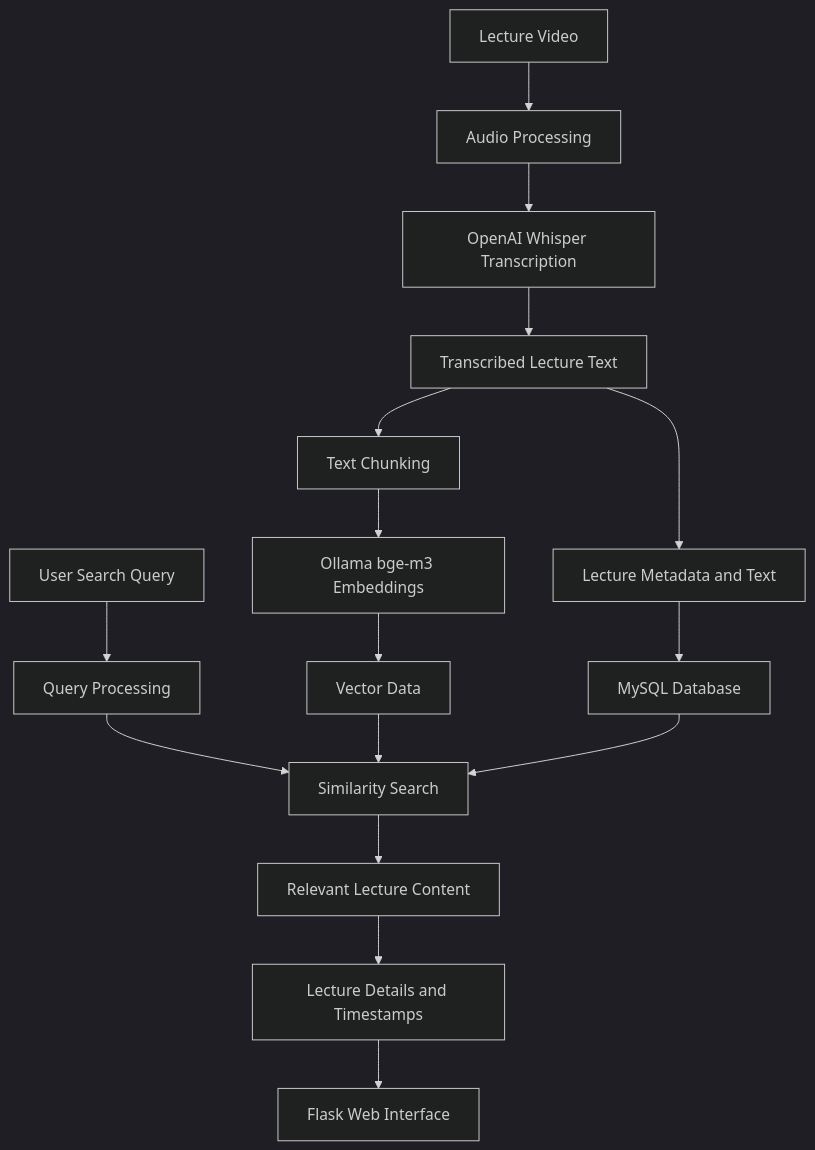
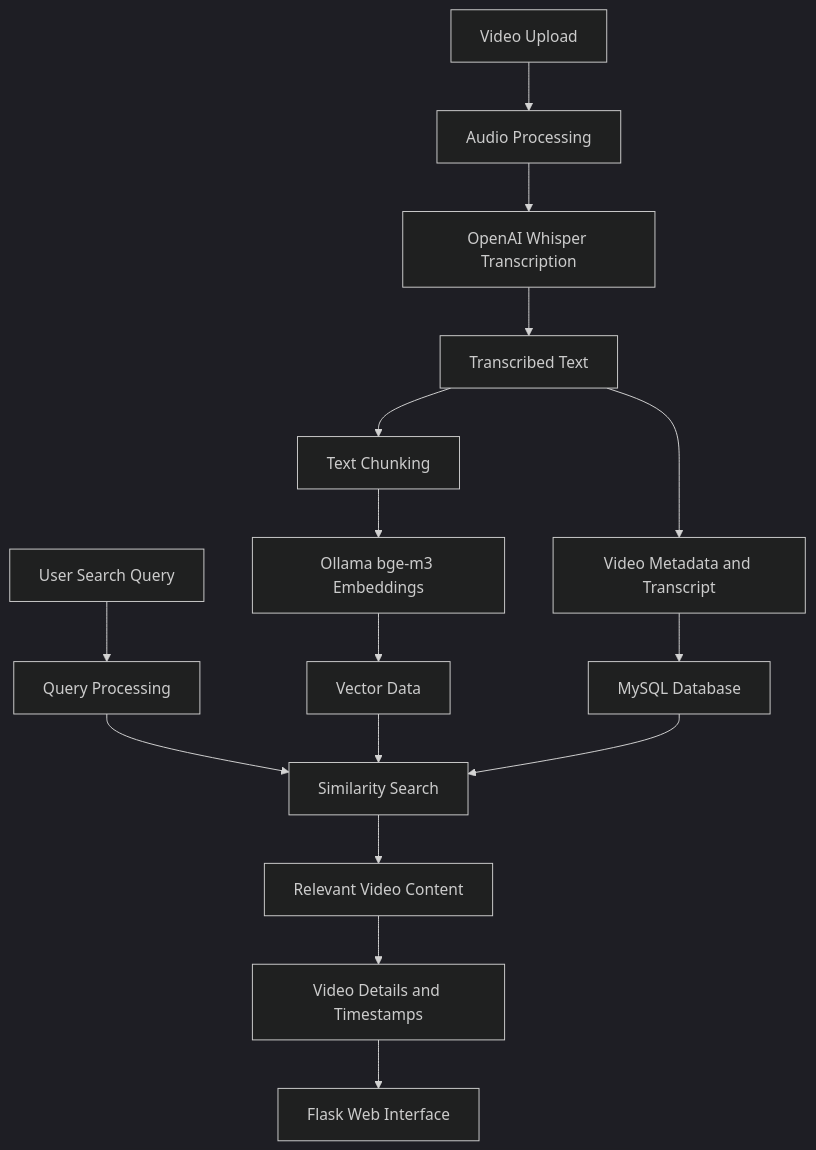
Before and after one commit to Rishiraj-Singh-Thakur/LectureLens: the diagram in README.md, drawn with Mermaid (dark theme). The commit also changed other lines of this file, not shown here.

````diff
--- a/README.md
+++ b/README.md
@@ -114,18 +92,18 @@
-``` mermaid
+```mermaid
 flowchart TD
-    A[Lecture Video] --> B[Audio Processing]
+    A[Video Upload] --> B[Audio Processing]
     B --> C[OpenAI Whisper Transcription]
-    C --> D[Transcribed Lecture Text]
+    C --> D[Transcribed Text]
     D --> E[Text Chunking]
     E --> F[Ollama bge-m3 Embeddings]
     F --> G[Vector Data]
-    D --> H[Lecture Metadata and Text]
+    D --> H[Video Metadata and Transcript]
     H --> I[MySQL Database]
     J[User Search Query] --> K[Query Processing]
     K --> L[Similarity Search]
     G --> L
     I --> L
-    L --> M[Relevant Lecture Content]
-    M --> N[Lecture Details and Timestamps]
+    L --> M[Relevant Video Content]
+    M --> N[Video Details and Timestamps]
     N --> O[Flask Web Interface]
 ```
````
